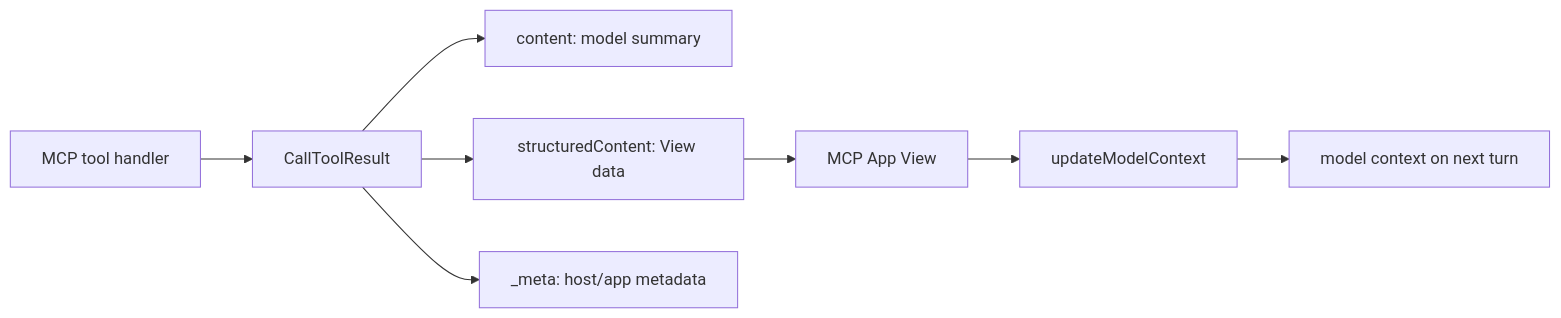
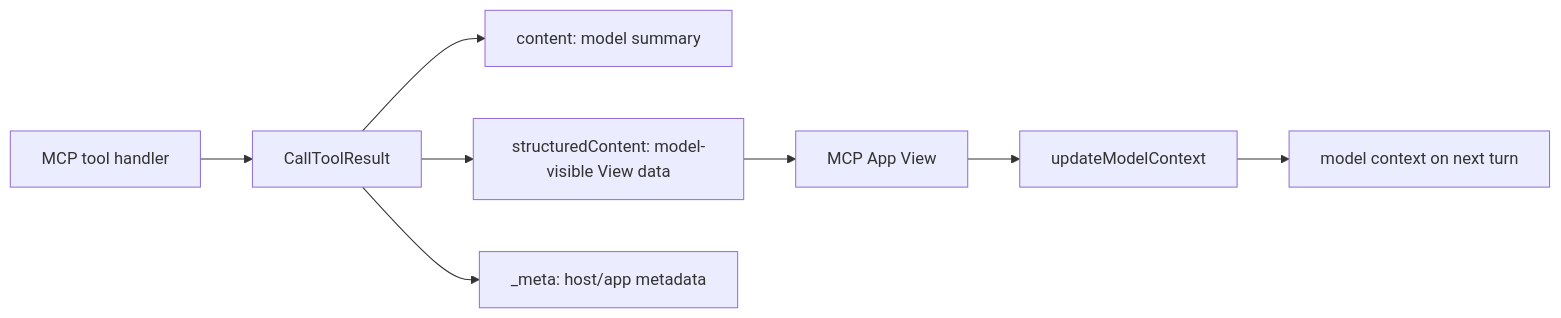
One commit to Sunpeak-AI/sunpeak changed the diagram in docs/mcp-apps/server/tool-results-model-context.mdx. Above: the diagram before and after it, drawn with Mermaid. The commit also changed other lines of this file and 11 other files, not shown here.

````diff
--- a/docs/mcp-apps/server/tool-results-model-context.mdx
+++ b/docs/mcp-apps/server/tool-results-model-context.mdx
@@ -35,10 +35,10 @@
 ```mermaid
 flowchart LR
   Tool["MCP tool handler"] --> Result["CallToolResult"]
   Result --> Content["content: model summary"]
-  Result --> Structured["structuredContent: View data"]
+  Result --> Structured["structuredContent: model-visible View data"]
   Result --> Meta["_meta: host/app metadata"]
   Structured --> View["MCP App View"]
   View --> Context["updateModelContext"]
   Context --> NextTurn["model context on next turn"]
 ```
````
